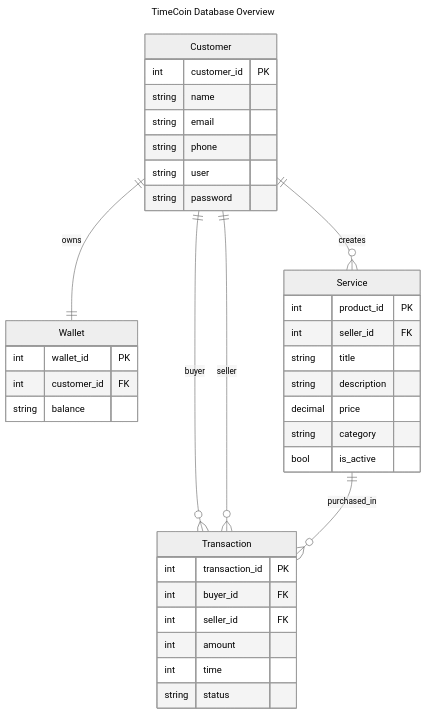
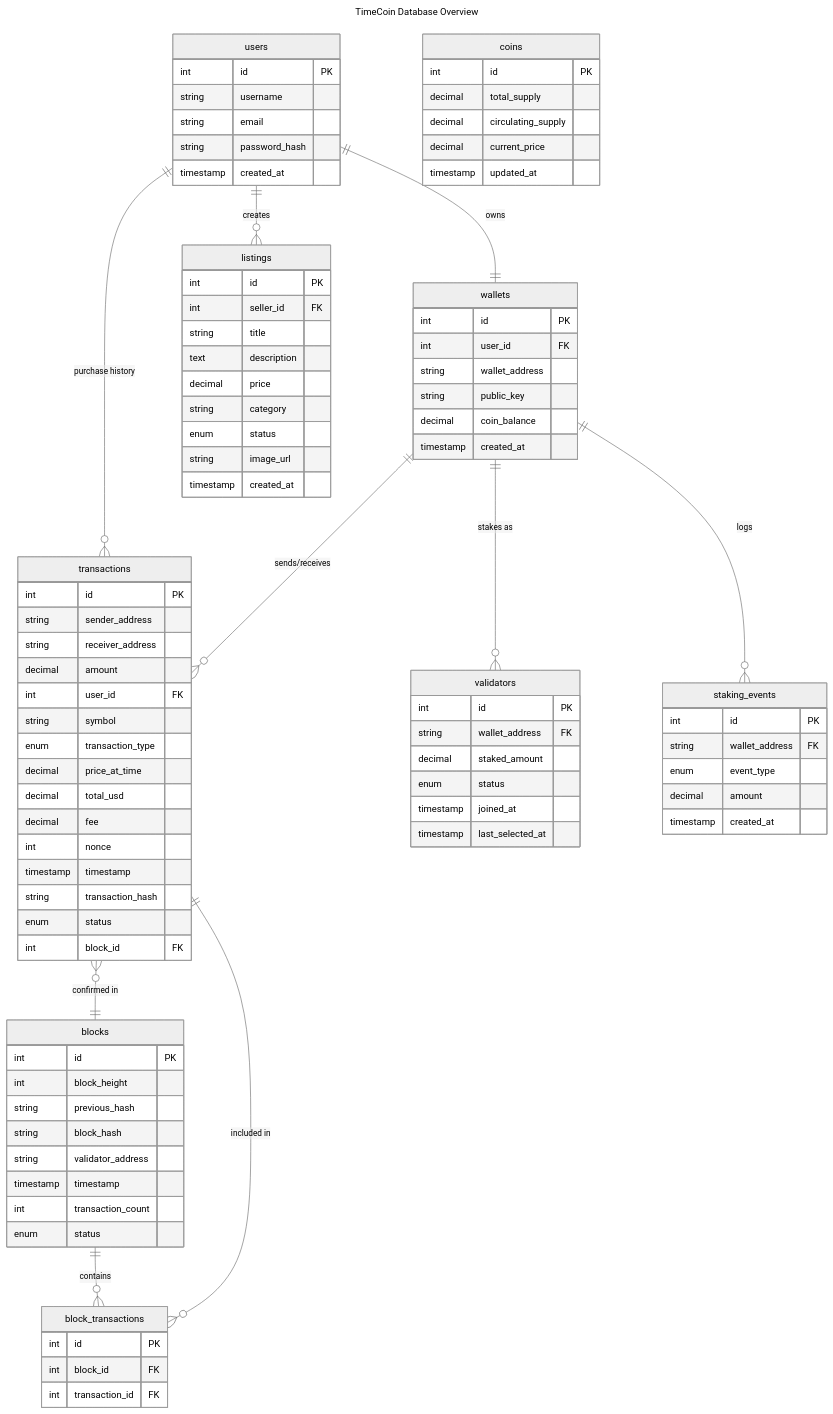
One commit to Kshitij2004/TimeCoin-Project changed the second of 6 diagrams in README.md. Above: the diagram before and after it, drawn with Mermaid (neutral theme). The commit also changed other lines of this file, not shown here.

Commit message:
updated tech stack and ERD

````diff
--- a/README.md
+++ b/README.md
@@ -87,45 +93,102 @@
 title: TimeCoin Database Overview
 ---
 erDiagram
-   
-    Customer ||--|| Wallet : owns
-    Customer ||--o{ Service : creates
-    Customer ||--o{ Transaction : buyer
-    Customer ||--o{ Transaction : seller
-    Service ||--o{ Transaction : purchased_in
+    users ||--|| wallets : owns
+    users ||--o{ listings : creates
+    users ||--o{ transactions : "purchase history"
+    wallets ||--o{ transactions : "sends/receives"
+    wallets ||--o{ validators : "stakes as"
+    wallets ||--o{ staking_events : "logs"
+    blocks ||--o{ block_transactions : contains
+    transactions ||--o{ block_transactions : "included in"
+    transactions }o--|| blocks : "confirmed in"
 
-    Customer {
-        int customer_id PK
-        string name
+    users {
+        int id PK
+        string username
         string email
-        string phone
-        string user
-        string password
-
+        string password_hash
+        timestamp created_at
     }
 
-    Wallet {
-        int wallet_id PK
-        int customer_id FK
-        string balance
+    wallets {
+        int id PK
+        int user_id FK
+        string wallet_address
+        string public_key
+        decimal coin_balance
+        timestamp created_at
     }
 
-    Service {
-        int product_id PK
+    coins {
+        int id PK
+        decimal total_supply
+        decimal circulating_supply
+        decimal current_price
+        timestamp updated_at
+    }
+
+    listings {
+        int id PK
         int seller_id FK
         string title
-        string description
+        text description
         decimal price
         string category
-        bool is_active
+        enum status
+        string image_url
+        timestamp created_at
     }
 
-    Transaction {
-        int transaction_id PK
-        int buyer_id FK
-        int seller_id FK
-        int amount
-        int time
-        string status
+    transactions {
+        int id PK
+        string sender_address
+        string receiver_address
+        decimal amount
+        int user_id FK
+        string symbol
+        enum transaction_type
+        decimal price_at_time
+        decimal total_usd
+        decimal fee
+        int nonce
+        timestamp timestamp
+        string transaction_hash
+        enum status
+        int block_id FK
+    }
+
+    blocks {
+        int id PK
+        int block_height
+        string previous_hash
+        string block_hash
+        string validator_address
+        timestamp timestamp
+        int transaction_count
+        enum status
+    }
+
+    block_transactions {
+        int id PK
+        int block_id FK
+        int transaction_id FK
+    }
+
+    validators {
+        int id PK
+        string wallet_address FK
+        decimal staked_amount
+        enum status
+        timestamp joined_at
+        timestamp last_selected_at
+    }
+
+    staking_events {
+        int id PK
+        string wallet_address FK
+        enum event_type
+        decimal amount
+        timestamp created_at
     }
 ```
````
